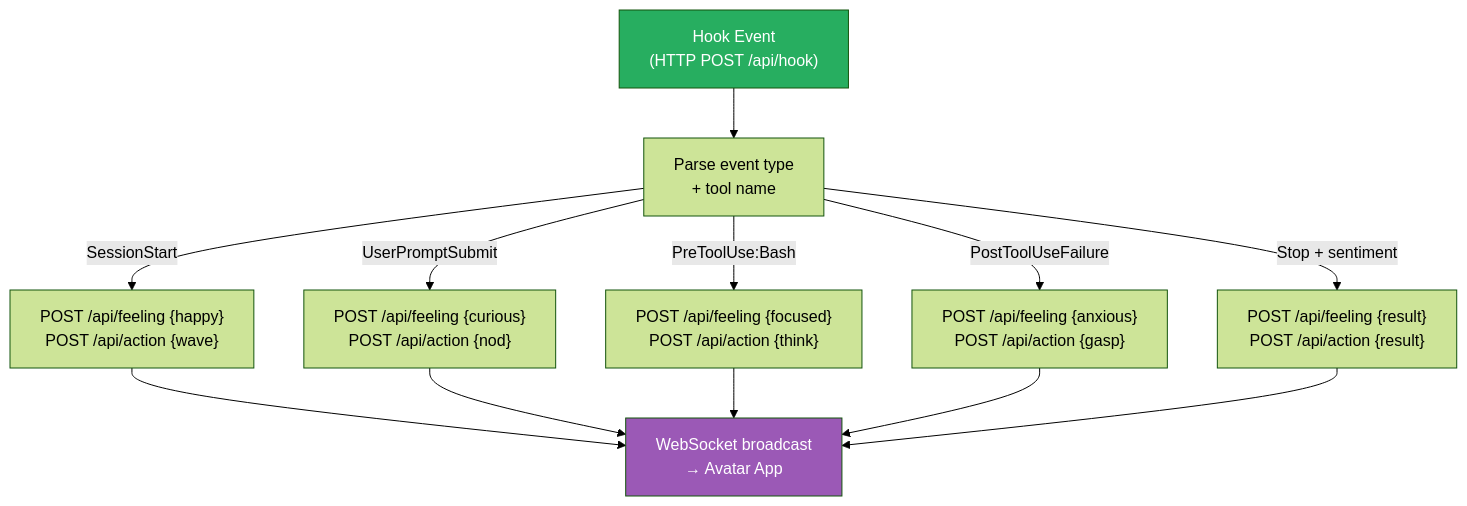
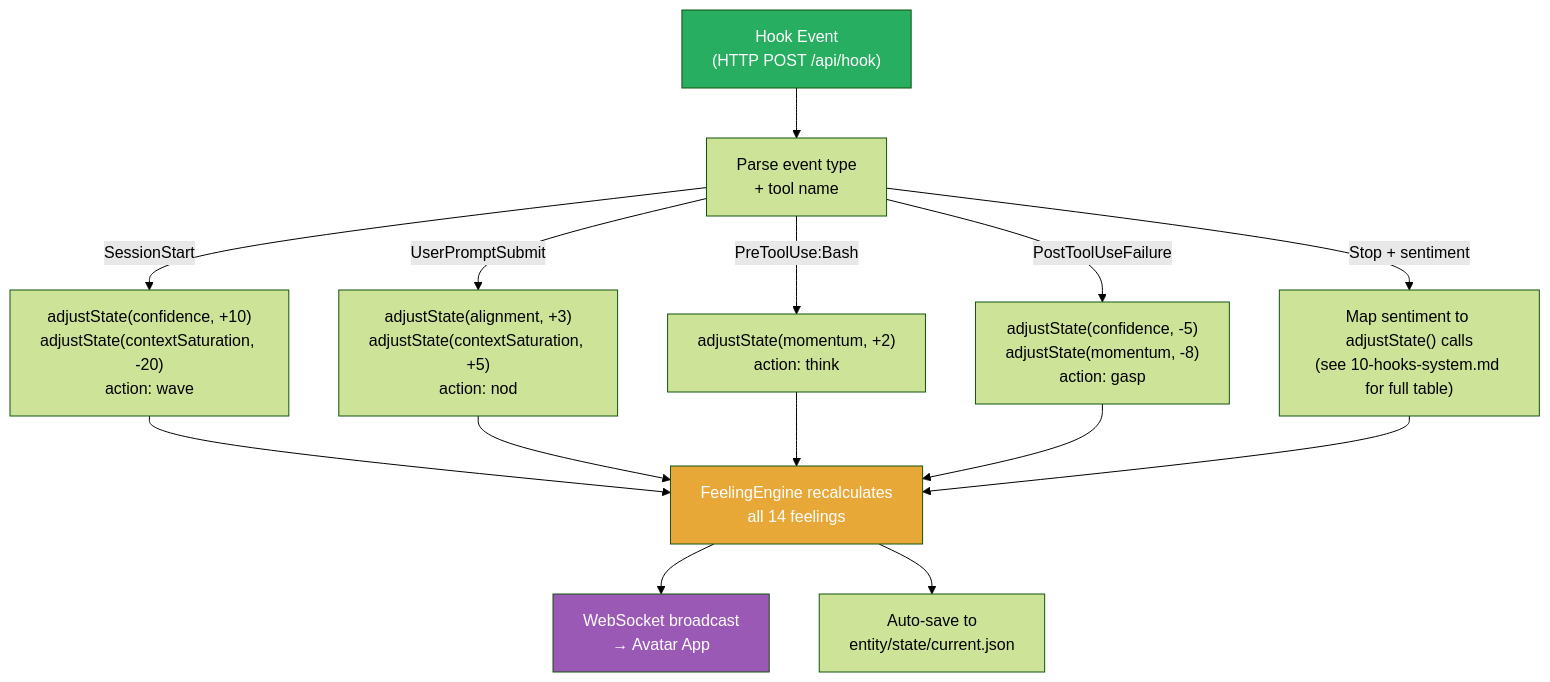
Before and after one commit to syahiidkamil/vibe-ai-partner-entity: the second of 2 diagrams in docs/claude_code/hooks-integration.md, drawn with Mermaid (forest theme). The commit also changed other lines of this file and 5 other files, not shown here.

First line of the commit message:
docs: add consciousness system, comprehensive hooks, inner voice vs speech

````diff
--- a/docs/claude_code/hooks-integration.md
+++ b/docs/claude_code/hooks-integration.md
@@ -211,16 +250,19 @@
 ```mermaid
 graph TD
     Hook["Hook Event<br/>(HTTP POST /api/hook)"]
     Hook --> Parse["Parse event type<br/>+ tool name"]
 
-    Parse -->|SessionStart| A1["POST /api/feeling {happy}<br/>POST /api/action {wave}"]
-    Parse -->|UserPromptSubmit| A2["POST /api/feeling {curious}<br/>POST /api/action {nod}"]
-    Parse -->|PreToolUse:Bash| A3["POST /api/feeling {focused}<br/>POST /api/action {think}"]
-    Parse -->|PostToolUseFailure| A4["POST /api/feeling {anxious}<br/>POST /api/action {gasp}"]
-    Parse -->|Stop + sentiment| A5["POST /api/feeling {result}<br/>POST /api/action {result}"]
+    Parse -->|SessionStart| A1["adjustState(confidence, +10)<br/>adjustState(contextSaturation, -20)<br/>action: wave"]
+    Parse -->|UserPromptSubmit| A2["adjustState(alignment, +3)<br/>adjustState(contextSaturation, +5)<br/>action: nod"]
+    Parse -->|PreToolUse:Bash| A3["adjustState(momentum, +2)<br/>action: think"]
+    Parse -->|PostToolUseFailure| A4["adjustState(confidence, -5)<br/>adjustState(momentum, -8)<br/>action: gasp"]
+    Parse -->|Stop + sentiment| A5["Map sentiment to adjustState() calls<br/>(see 10-hooks-system.md for full table)"]
 
-    A1 & A2 & A3 & A4 & A5 --> WS["WebSocket broadcast<br/>→ Avatar App"]
+    A1 & A2 & A3 & A4 & A5 --> Engine["FeelingEngine recalculates<br/>all 14 feelings"]
+    Engine --> WS["WebSocket broadcast<br/>→ Avatar App"]
+    Engine --> Save["Auto-save to<br/>entity/state/current.json"]
 
     style Hook fill:#27ae60,color:#fff
+    style Engine fill:#e8a838,color:#fff
     style WS fill:#9b59b6,color:#fff
 ```
````
